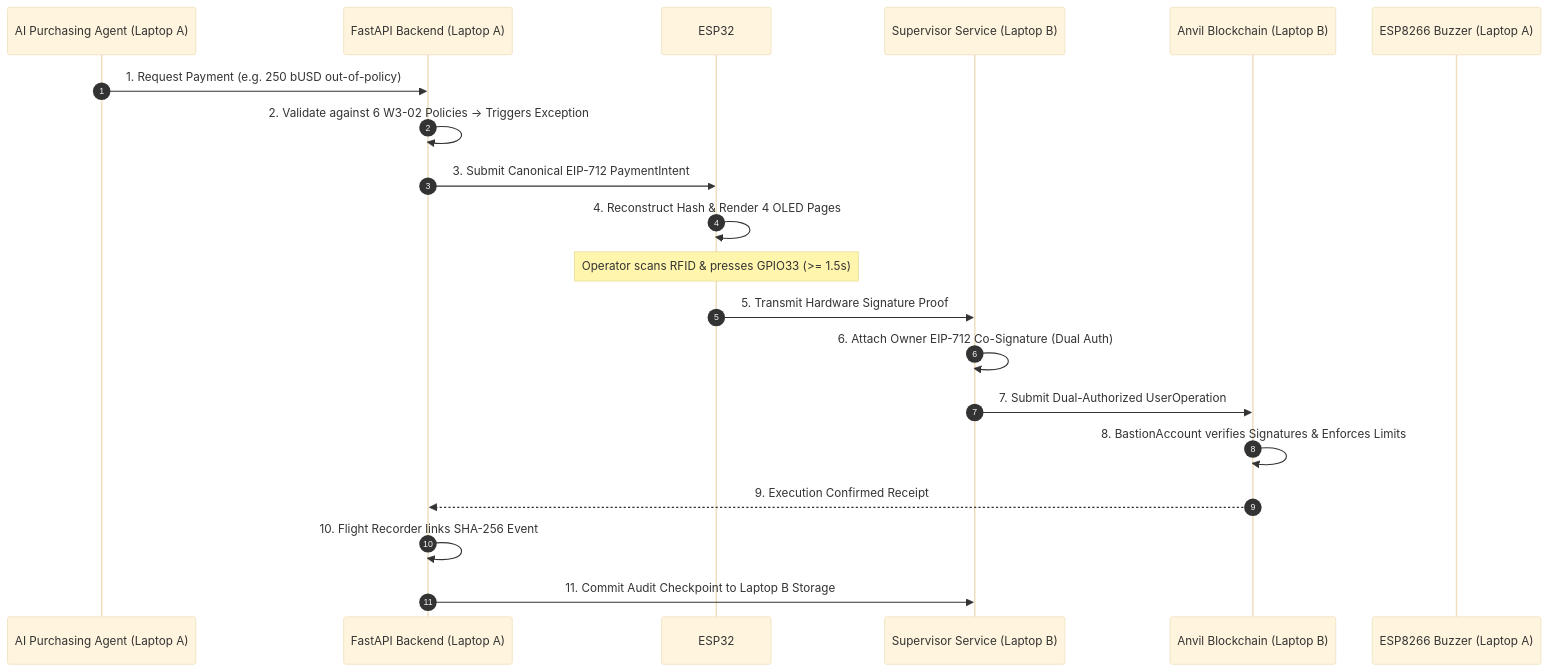
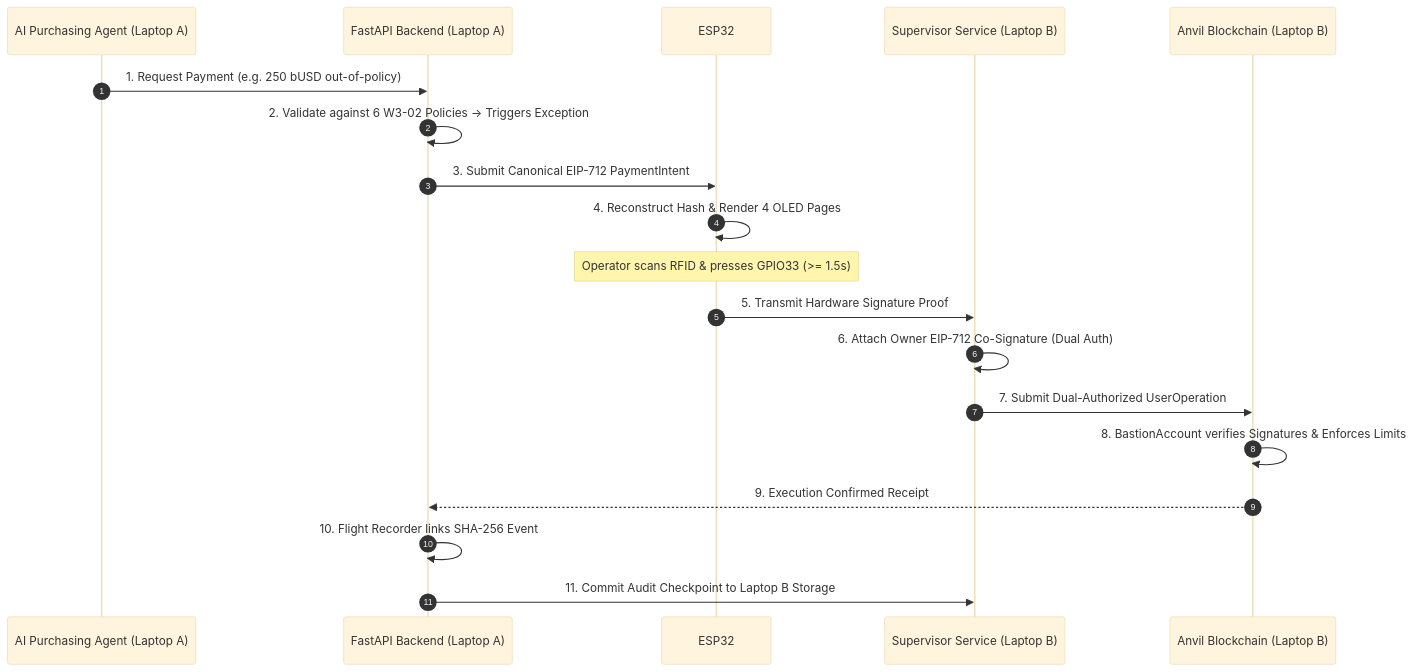
Before and after one commit to kevhim/Phantom-Troupe-Bastion: the first of 2 diagrams in docs/setup/TWO_LAPTOP_INTEGRATION.md, drawn with Mermaid (base theme). The commit also changed other lines of this file and 20 other files, not shown here.

Commit message:
feat(hardware): reassign active buzzer to Arduino Uno #1 Pin D8 and decommission ESP8266

````diff
--- a/docs/setup/TWO_LAPTOP_INTEGRATION.md
+++ b/docs/setup/TWO_LAPTOP_INTEGRATION.md
@@ -24,23 +26,22 @@
 ```mermaid
 sequenceDiagram
     autonumber
     participant Agent as AI Purchasing Agent (Laptop A)
     participant API as FastAPI Backend (Laptop A)
     participant Signer as ESP32 #1 Signer (Laptop B)
     participant Super as Supervisor Service (Laptop B)
     participant Chain as Anvil Blockchain (Laptop B)
-    participant Buzzer as ESP8266 Buzzer (Laptop A)
 
     Agent->>API: 1. Request Payment (e.g. 250 bUSD out-of-policy)
     API->>API: 2. Validate against 6 W3-02 Policies -> Triggers Exception
     API->>Signer: 3. Submit Canonical EIP-712 PaymentIntent
     Signer->>Signer: 4. Reconstruct Hash & Render 4 OLED Pages
     Note over Signer: Operator scans RFID & presses GPIO33 (>= 1.5s)
     Signer->>Super: 5. Transmit Hardware Signature Proof
     Super->>Super: 6. Attach Owner EIP-712 Co-Signature (Dual Auth)
     Super->>Chain: 7. Submit Dual-Authorized UserOperation
     Chain->>Chain: 8. BastionAccount verifies Signatures & Enforces Limits
     Chain-->>API: 9. Execution Confirmed Receipt
     API->>API: 10. Flight Recorder links SHA-256 Event
     API->>Super: 11. Commit Audit Checkpoint to Laptop B Storage
 ```
````
